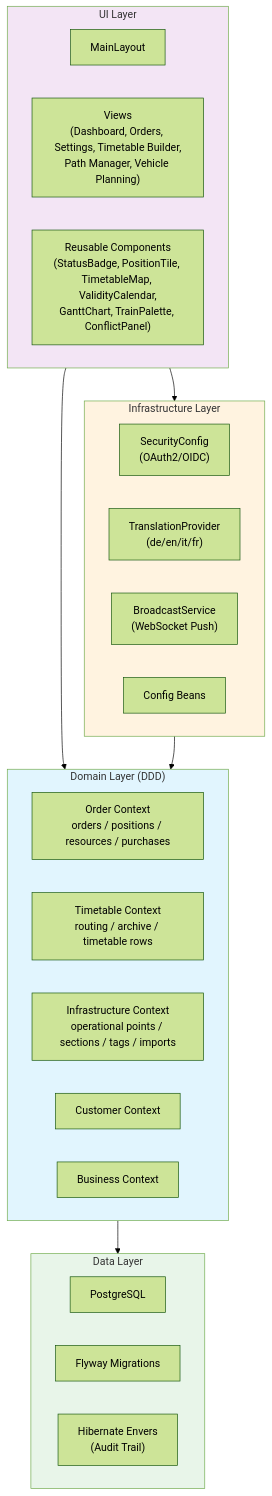
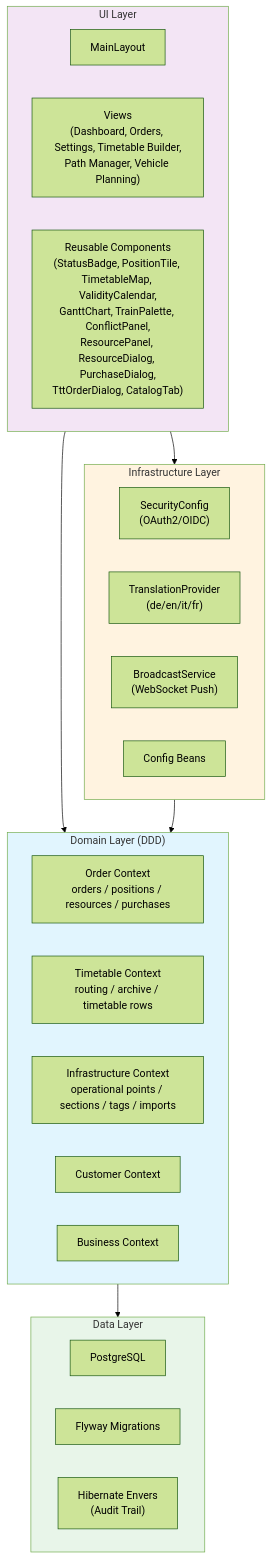
Before and after one commit to kron12345/railway-order-mgmt: the second of 11 diagrams in docs/ARCHITECTURE.md, drawn with Mermaid (forest theme). The commit also changed other lines of this file and 3 other files, not shown here.

````diff
--- a/docs/ARCHITECTURE.md
+++ b/docs/ARCHITECTURE.md
@@ -16,39 +16,39 @@
 ```mermaid
 graph TB
     subgraph UI["UI Layer"]
         Layout["MainLayout"]
         Views["Views<br/>(Dashboard, Orders, Settings, Timetable Builder,<br/>Path Manager, Vehicle Planning)"]
-        Components["Reusable Components<br/>(StatusBadge, PositionTile, TimetableMap, ValidityCalendar,<br/>GanttChart, TrainPalette, ConflictPanel)"]
+        Components["Reusable Components<br/>(StatusBadge, PositionTile, TimetableMap, ValidityCalendar,<br/>GanttChart, TrainPalette, ConflictPanel,<br/>ResourcePanel, ResourceDialog, PurchaseDialog,<br/>TttOrderDialog, CatalogTab)"]
     end
 
     subgraph Domain["Domain Layer (DDD)"]
         Order["Order Context<br/>orders / positions / resources / purchases"]
         Timetable["Timetable Context<br/>routing / archive / timetable rows"]
         InfraDomain["Infrastructure Context<br/>operational points / sections / tags / imports"]
         Customer["Customer Context"]
         Business["Business Context"]
     end
 
     subgraph Infra["Infrastructure Layer"]
         Security["SecurityConfig<br/>(OAuth2/OIDC)"]
         I18n["TranslationProvider<br/>(de/en/it/fr)"]
         Push["BroadcastService<br/>(WebSocket Push)"]
         Config["Config Beans"]
     end
 
     subgraph Data["Data Layer"]
         DB2["PostgreSQL"]
         Flyway["Flyway Migrations"]
         Envers["Hibernate Envers<br/>(Audit Trail)"]
     end
 
     UI --> Domain
     UI --> Infra
     Infra --> Domain
     Domain --> Data
 
     style Domain fill:#e1f5fe
     style UI fill:#f3e5f5
     style Infra fill:#fff3e0
     style Data fill:#e8f5e9
 ```
````
